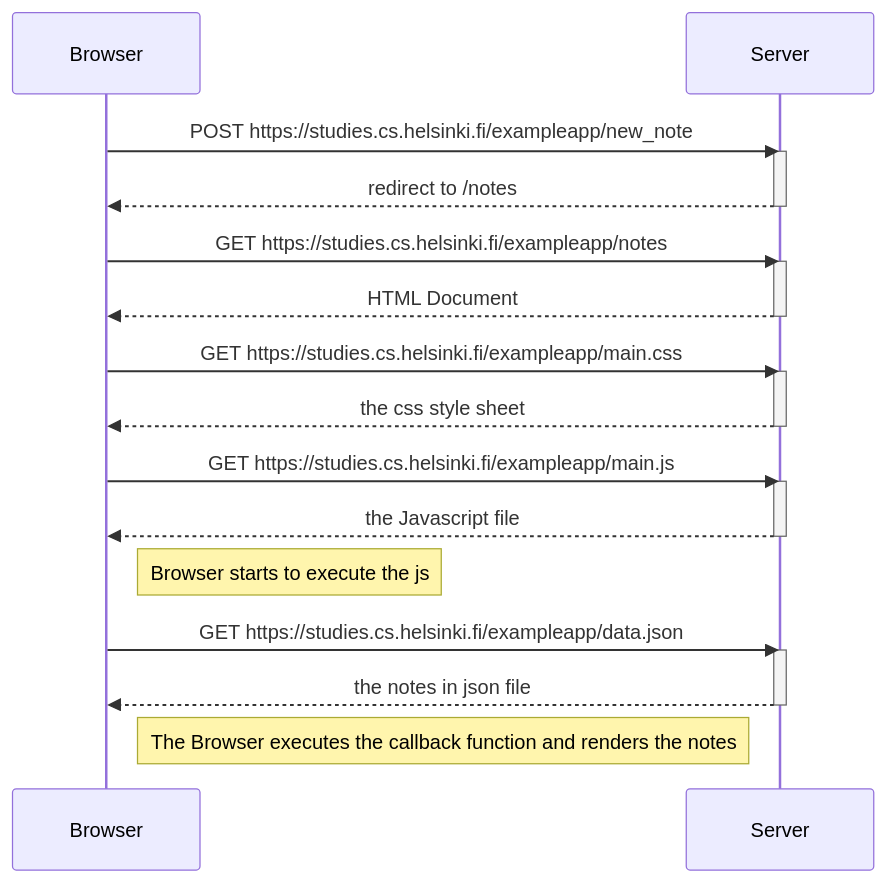
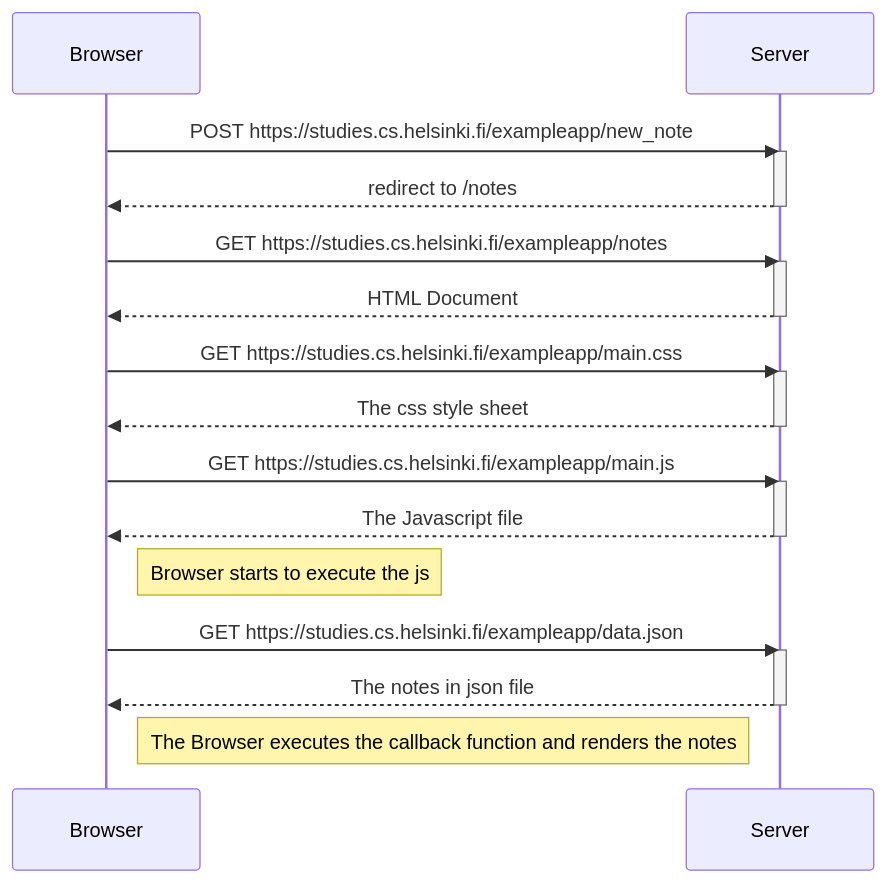
One commit to Mark-Emmanuel311/fullStackOpen changed the diagram in part0/0_4.md. Above: the diagram before and after it, drawn with Mermaid. The commit also changed other lines of this file and 2 other files, not shown here.

Commit message:
exercises 0.5, 0.6 and added a description on 0.4

````diff
--- a/part0/0_4.md
+++ b/part0/0_4.md
@@ -1,36 +3,36 @@
 ```mermaid
 
 sequenceDiagram
     participant Browser
     participant Server
 
     Browser->>Server: POST https://studies.cs.helsinki.fi/exampleapp/new_note
     activate Server
     Server-->>Browser: redirect to /notes
     deactivate Server
 
     Browser->>Server: GET https://studies.cs.helsinki.fi/exampleapp/notes
     activate Server
     Server-->>Browser: HTML Document
     deactivate Server
 
     Browser->>Server: GET https://studies.cs.helsinki.fi/exampleapp/main.css
     activate Server
-    Server-->>Browser: the css style sheet
+    Server-->>Browser: The css style sheet
     deactivate Server
 
     Browser->>Server: GET https://studies.cs.helsinki.fi/exampleapp/main.js
     activate Server
-    Server-->>Browser: the Javascript file
+    Server-->>Browser: The Javascript file
     deactivate Server
 
     Note right of Browser: Browser starts to execute the js 
 
     Browser->>Server: GET https://studies.cs.helsinki.fi/exampleapp/data.json
     activate Server
-    Server-->>Browser: the notes in json file
+    Server-->>Browser: The notes in json file
     deactivate Server
 
     Note right of Browser: The Browser executes the callback function and renders the notes
 
 ```
````
